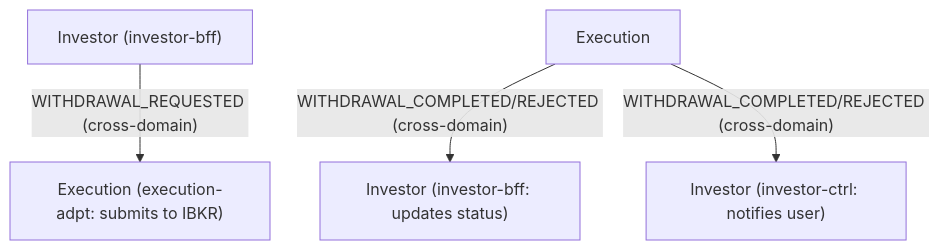
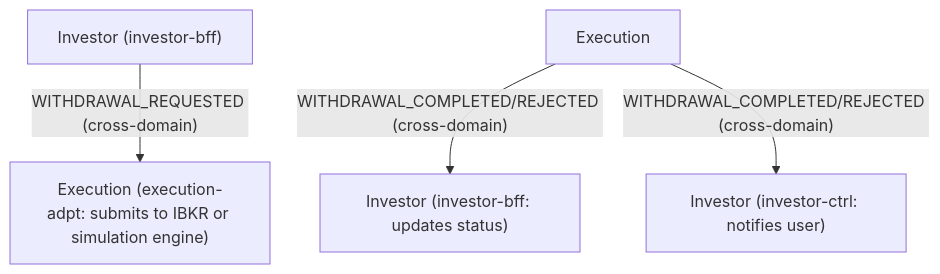
The sixth of 10 diagrams in specifications/04-service-decomposition/event-flows.md (fabio-vitali/nestfolio), drawn with Mermaid before and after one commit. The commit also changed other lines of this file and 17 other files, not shown here.

````diff
--- a/specifications/04-service-decomposition/event-flows.md
+++ b/specifications/04-service-decomposition/event-flows.md
@@ -132,7 +151,7 @@
 ```mermaid
 flowchart TD
-    BFF["Investor (investor-bff)"] -->|"WITHDRAWAL_REQUESTED (cross-domain)"| ADPT["Execution (execution-adpt: submits to IBKR)"]
+    BFF["Investor (investor-bff)"] -->|"WITHDRAWAL_REQUESTED (cross-domain)"| ADPT["Execution (execution-adpt: submits to IBKR or simulation engine)"]
 
     EX["Execution"] -->|"WITHDRAWAL_COMPLETED/REJECTED (cross-domain)"| UPD["Investor (investor-bff: updates status)"]
     EX -->|"WITHDRAWAL_COMPLETED/REJECTED (cross-domain)"| NOTIF["Investor (investor-ctrl: notifies user)"]
 ```
````
